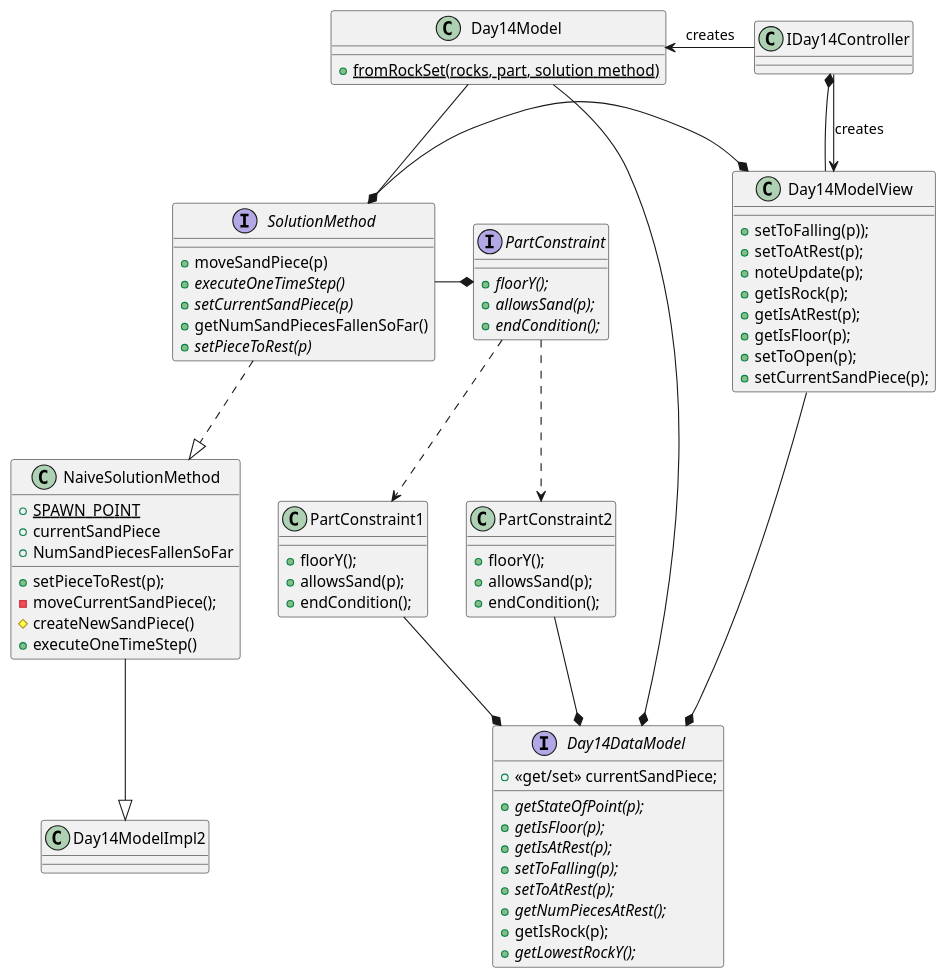
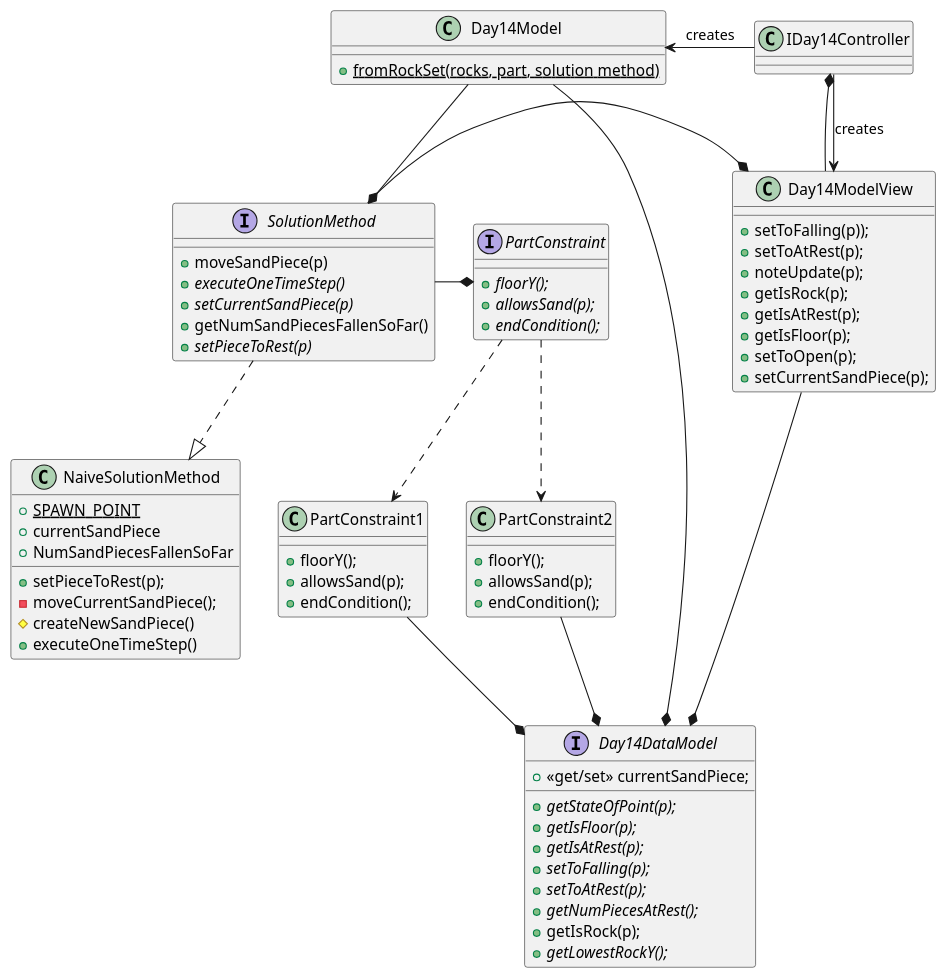
The diagram in src/year_2022/day_14/UML.puml (jdbr827/AdventOfCode_2019_Java), drawn with PlantUML before and after one commit. The commit also changed 12 other files, not shown here.

```diff
--- a/src/year_2022/day_14/UML.puml
+++ b/src/year_2022/day_14/UML.puml
@@ -1,93 +1,90 @@
 @startuml
 'https://plantuml.com/class-diagram
 
 
 class Day14Model {
 + {static} fromRockSet(rocks, part, solution method)
 
 
 }
 
 Day14Model --* SolutionMethod
 
 interface SolutionMethod {
 + moveSandPiece(p)
 +{abstract} executeOneTimeStep()
 +{abstract} setCurrentSandPiece(p)
 + getNumSandPiecesFallenSoFar()
 +{abstract} setPieceToRest(p)
 }
 
 
 
 SolutionMethod ..|> NaiveSolutionMethod
 class NaiveSolutionMethod {
 + {static} SPAWN_POINT
 + currentSandPiece
 + NumSandPiecesFallenSoFar
 + setPieceToRest(p);
 - moveCurrentSandPiece();
 # createNewSandPiece()
 + executeOneTimeStep()
 }
 
 SolutionMethod -* Day14ModelView
 
 class Day14ModelView {
 + setToFalling(p));
 + setToAtRest(p);
 + noteUpdate(p);
 + getIsRock(p);
 + getIsAtRest(p);
 + getIsFloor(p);
 + setToOpen(p);
 + setCurrentSandPiece(p);
 }
 
 Day14Model --* Day14DataModel
 
 IDay14Controller *-- Day14ModelView
 Day14ModelView -* Day14DataModel
 interface Day14DataModel {
 + <<get/set>> currentSandPiece;
 + {abstract} getStateOfPoint(p);
 + {abstract} getIsFloor(p);
 + {abstract} getIsAtRest(p);
 + {abstract} setToFalling(p);
 + {abstract} setToAtRest(p);
 + {abstract} getNumPiecesAtRest();
 + getIsRock(p);
 + {abstract}getLowestRockY();
 }
 
 
 
-NaiveSolutionMethod --|> Day14ModelImpl2
-
-
 interface PartConstraint {
 + {abstract} floorY();
 + {abstract} allowsSand(p);
 + {abstract} endCondition();
 }
 
 PartConstraint ..> PartConstraint2
 PartConstraint ..> PartConstraint1
 
 class PartConstraint1 {
     +floorY();
     +allowsSand(p);
     +endCondition();
 }
 class PartConstraint2 {
 + floorY();
 + allowsSand(p);
 + endCondition();
 }
 SolutionMethod -* PartConstraint
 PartConstraint1 --* Day14DataModel
 PartConstraint2 --* Day14DataModel
 
 IDay14Controller --> Day14ModelView : "creates"
 Day14Model <- IDay14Controller: "creates"
 @enduml
```
